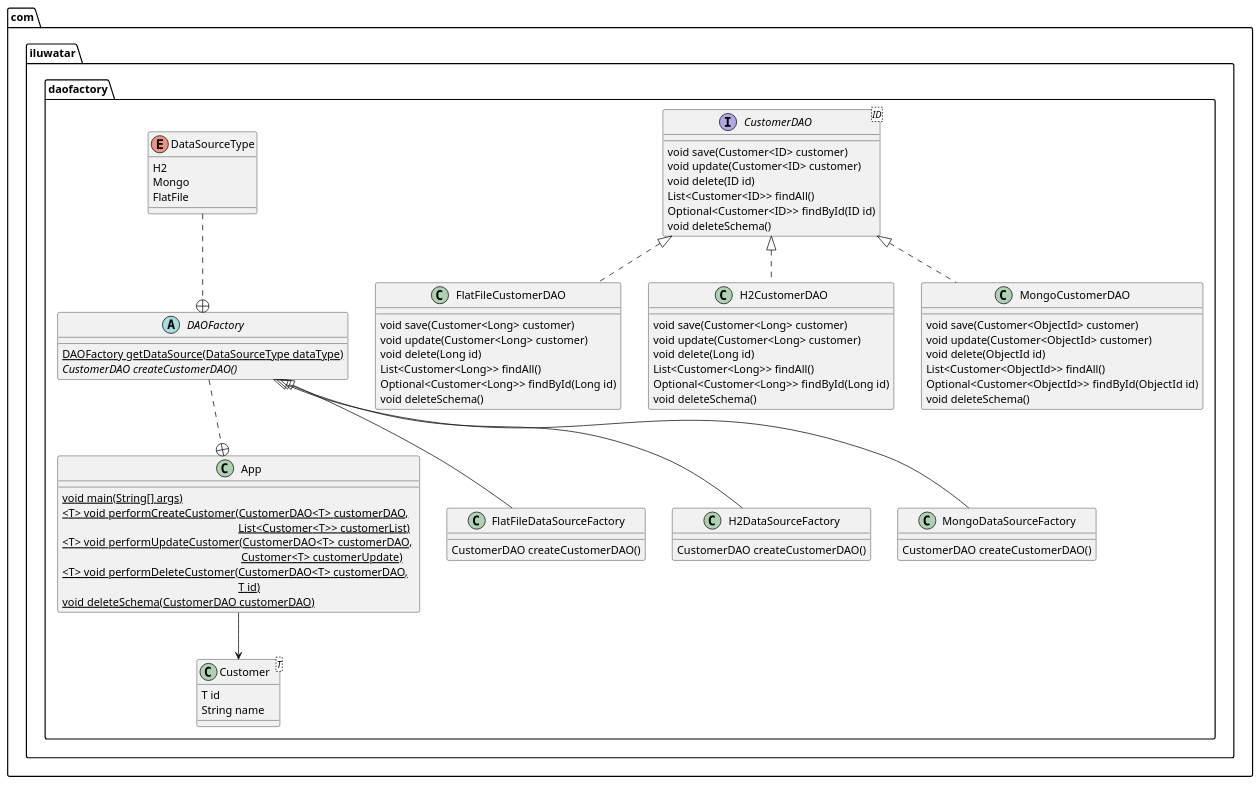
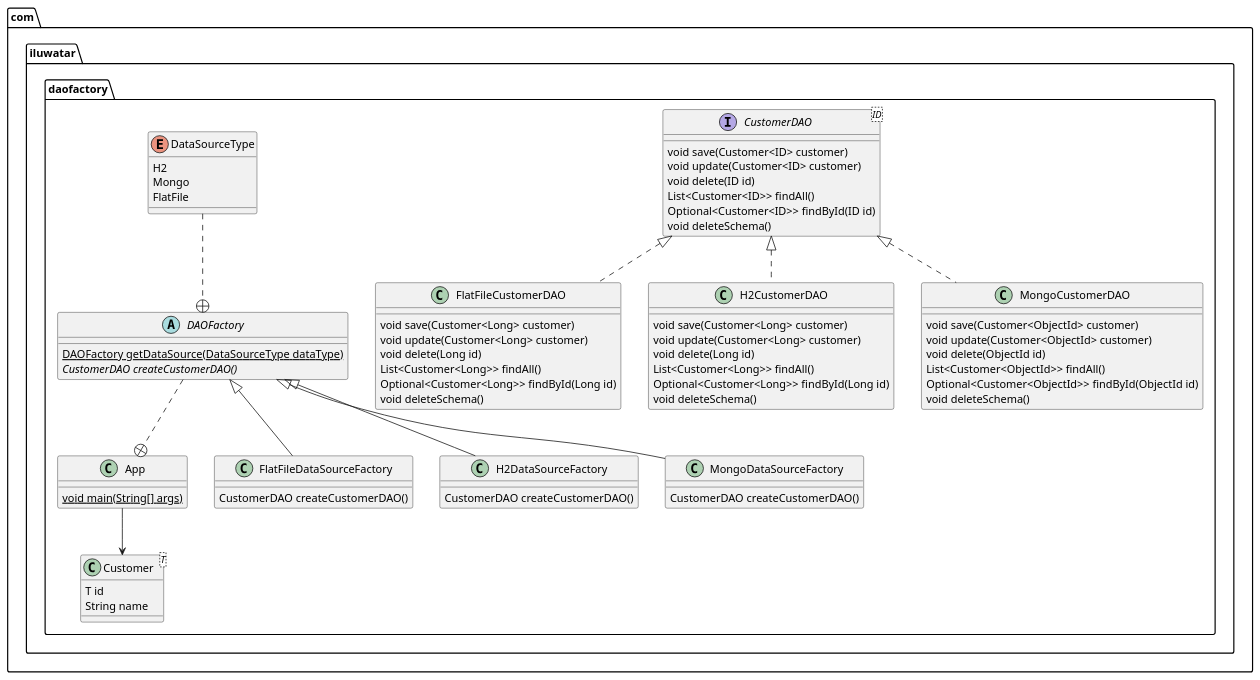
The diagram in dao-factory/etc/dao-factory.puml (iluwatar/java-design-patterns), drawn with PlantUML before and after one commit. The commit also changed 18 other files, not shown here.

```diff
--- a/dao-factory/etc/dao-factory.puml
+++ b/dao-factory/etc/dao-factory.puml
@@ -1,78 +1,74 @@
 @startuml
 package com.iluwatar.daofactory {
     class App {
         {static} void main(String[] args)
-        {static} <T> void performCreateCustomer(CustomerDAO<T> customerDAO, \n                                                              List<Customer<T>> customerList)
-        {static} <T> void performUpdateCustomer(CustomerDAO<T> customerDAO, \n                                                               Customer<T> customerUpdate)
-        {static} <T> void performDeleteCustomer(CustomerDAO<T> customerDAO, \n                                                              T id)
-        {static} void deleteSchema(CustomerDAO customerDAO)
     }
 
     class Customer<T> {
         T id
         String name
     }
 
     interface CustomerDAO<ID> {
         void save(Customer<ID> customer)
         void update(Customer<ID> customer)
         void delete(ID id)
         List<Customer<ID>> findAll()
         Optional<Customer<ID>> findById(ID id)
         void deleteSchema()
     }
 
     abstract class DAOFactory {
     {static} DAOFactory getDataSource(DataSourceType dataType)
     {abstract} CustomerDAO createCustomerDAO()
     }
 
     enum DataSourceType {
         H2
         Mongo
         FlatFile
     }
 
     class FlatFileCustomerDAO implements CustomerDAO<Long> {
             void save(Customer<Long> customer)
             void update(Customer<Long> customer)
             void delete(Long id)
             List<Customer<Long>> findAll()
             Optional<Customer<Long>> findById(Long id)
             void deleteSchema()
     }
 
     class H2CustomerDAO implements CustomerDAO<Long> {
                     void save(Customer<Long> customer)
                     void update(Customer<Long> customer)
                     void delete(Long id)
                     List<Customer<Long>> findAll()
                     Optional<Customer<Long>> findById(Long id)
                     void deleteSchema()
     }
 
     class FlatFileDataSourceFactory extends DAOFactory {
         CustomerDAO createCustomerDAO()
     }
 
     class H2DataSourceFactory extends DAOFactory {
         CustomerDAO createCustomerDAO()
     }
 
     class MongoCustomerDAO implements CustomerDAO<ObjectId> {
                     void save(Customer<ObjectId> customer)
                     void update(Customer<ObjectId> customer)
                     void delete(ObjectId id)
                     List<Customer<ObjectId>> findAll()
                     Optional<Customer<ObjectId>> findById(ObjectId id)
                     void deleteSchema()
     }
     class MongoDataSourceFactory extends DAOFactory {
         CustomerDAO createCustomerDAO()
     }
 
     DataSourceType ..+ DAOFactory
     DAOFactory ..+ App
     App --> Customer
  }
 @enduml
```
